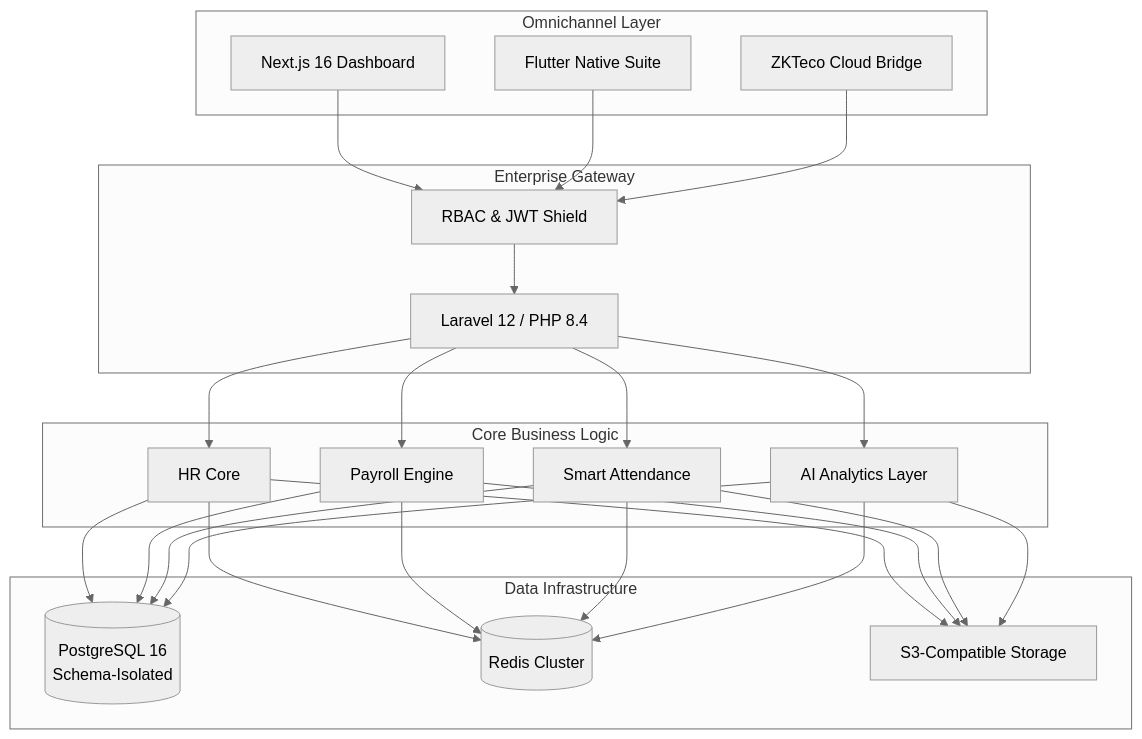
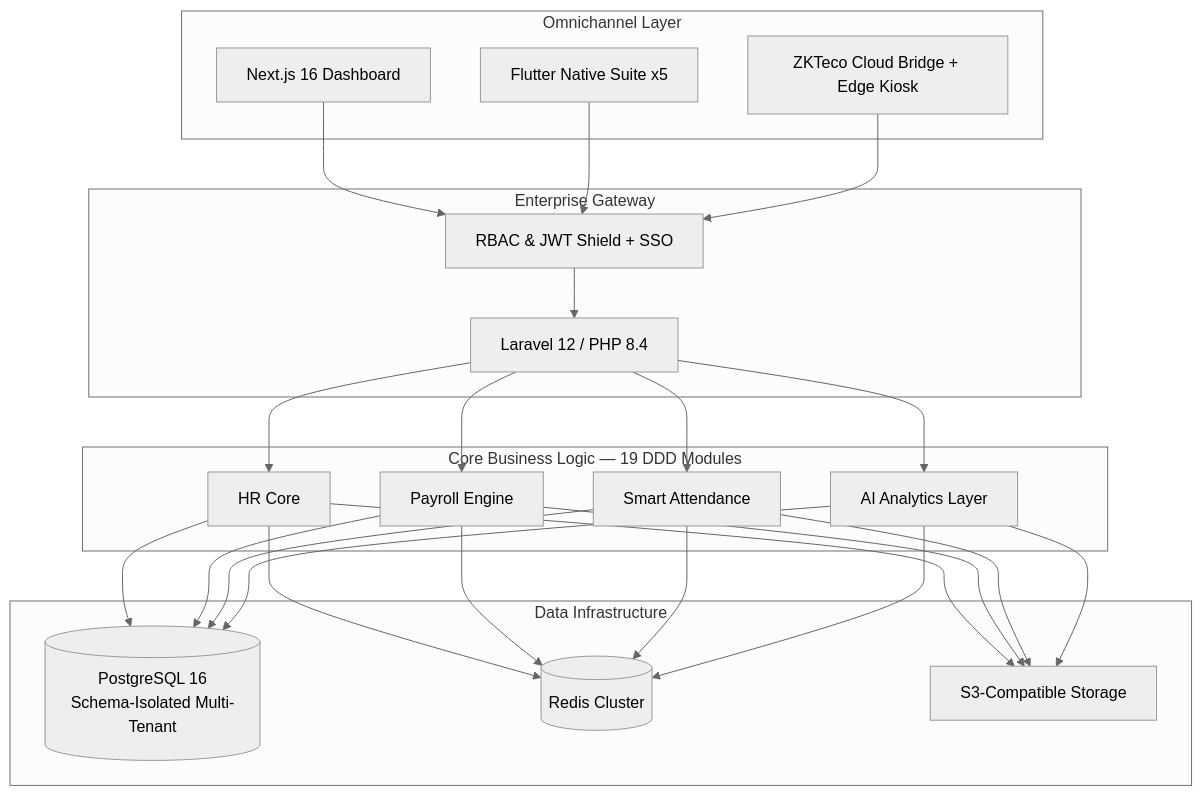
One commit to kitokoh/leopardo-hr changed the diagram in README.md. Above: the diagram before and after it, drawn with Mermaid (neutral theme). The commit also changed other lines of this file and 1 other file, not shown here.

````diff
--- a/README.md
+++ b/README.md
@@ -60,31 +68,31 @@
 ```mermaid
 graph TB
     subgraph "Omnichannel Layer"
         Web[Next.js 16 Dashboard]
-        Mobile[Flutter Native Suite]
-        Kiosk[ZKTeco Cloud Bridge]
+        Mobile[Flutter Native Suite x5]
+        Kiosk[ZKTeco Cloud Bridge + Edge Kiosk]
     end
 
     subgraph "Enterprise Gateway"
         API[Laravel 12 / PHP 8.4]
-        Sec[RBAC & JWT Shield]
+        Sec[RBAC & JWT Shield + SSO]
     end
 
-    subgraph "Core Business Logic"
+    subgraph "Core Business Logic — 19 DDD Modules"
         HRM[HR Core]
         PAY[Payroll Engine]
         ATT[Smart Attendance]
         AI[AI Analytics Layer]
     end
 
     subgraph "Data Infrastructure"
-        DB[(PostgreSQL 16\nSchema-Isolated)]
+        DB[(PostgreSQL 16<br/>Schema-Isolated Multi-Tenant)]
         Cache[(Redis Cluster)]
         Store[S3-Compatible Storage]
     end
 
     Web & Mobile & Kiosk --> Sec
     Sec --> API
     API --> HRM & PAY & ATT & AI
     HRM & PAY & ATT & AI --> DB & Cache & Store
 ```
````
